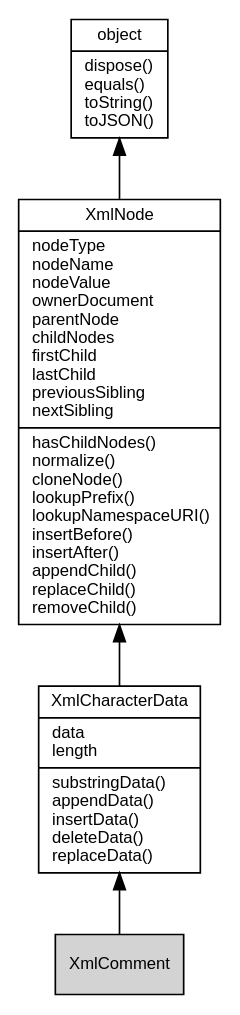
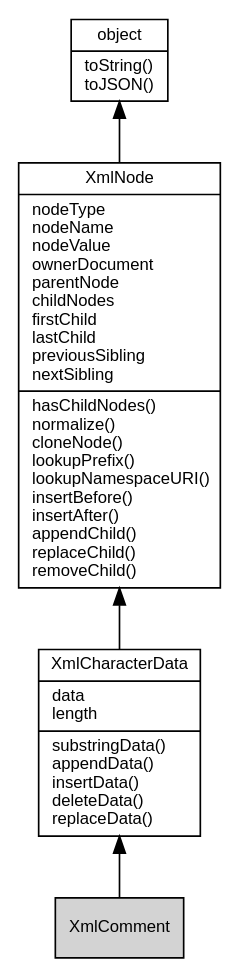
The diagram in docs/object/ifs/XmlComment.md (asionius/fibjs-ceph), drawn with Graphviz before and after one commit. The commit also changed other lines of this file and 138 other files, not shown here.

````diff
--- a/docs/object/ifs/XmlComment.md
+++ b/docs/object/ifs/XmlComment.md
@@ -10,14 +10,14 @@
 ```dot
 digraph {
     node [fontname="Helvetica,sans-Serif", fontsize=10, shape="record", style="filled", fillcolor="white"];
 
-    object [tooltip="object", URL="object.md", label="{object|dispose()\lequals()\ltoString()\ltoJSON()\l}"];
+    object [tooltip="object", URL="object.md", label="{object|toString()\ltoJSON()\l}"];
     XmlNode [tooltip="XmlNode", URL="XmlNode.md", label="{XmlNode|nodeType\lnodeName\lnodeValue\lownerDocument\lparentNode\lchildNodes\lfirstChild\llastChild\lpreviousSibling\lnextSibling\l|hasChildNodes()\lnormalize()\lcloneNode()\llookupPrefix()\llookupNamespaceURI()\linsertBefore()\linsertAfter()\lappendChild()\lreplaceChild()\lremoveChild()\l}"];
     XmlCharacterData [tooltip="XmlCharacterData", URL="XmlCharacterData.md", label="{XmlCharacterData|data\llength\l|substringData()\lappendData()\linsertData()\ldeleteData()\lreplaceData()\l}"];
-    XmlComment [tooltip="XmlComment", fillcolor="lightgray", label="{XmlComment}"];
+    XmlComment [tooltip="XmlComment", fillcolor="lightgray", id="me", label="{XmlComment}"];
 
     object -> XmlNode [dir=back];
     XmlNode -> XmlCharacterData [dir=back];
     XmlCharacterData -> XmlComment [dir=back];
 }
 ```
````
